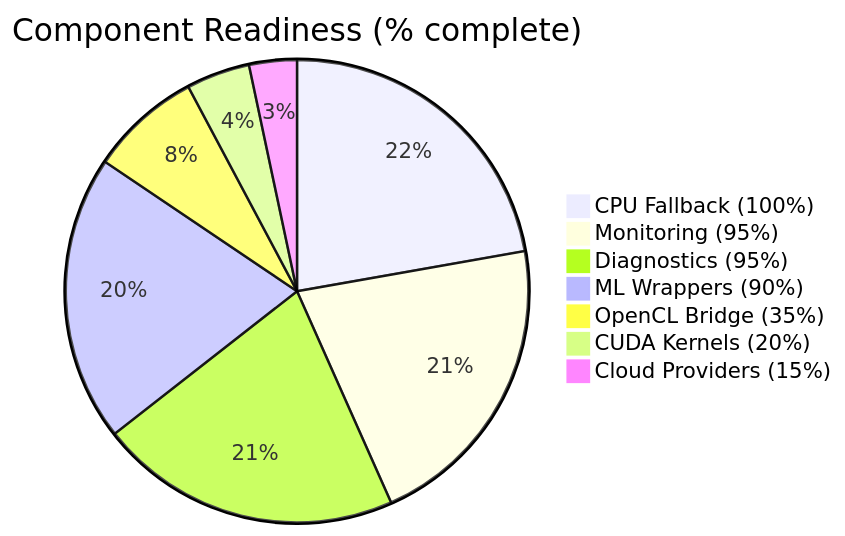
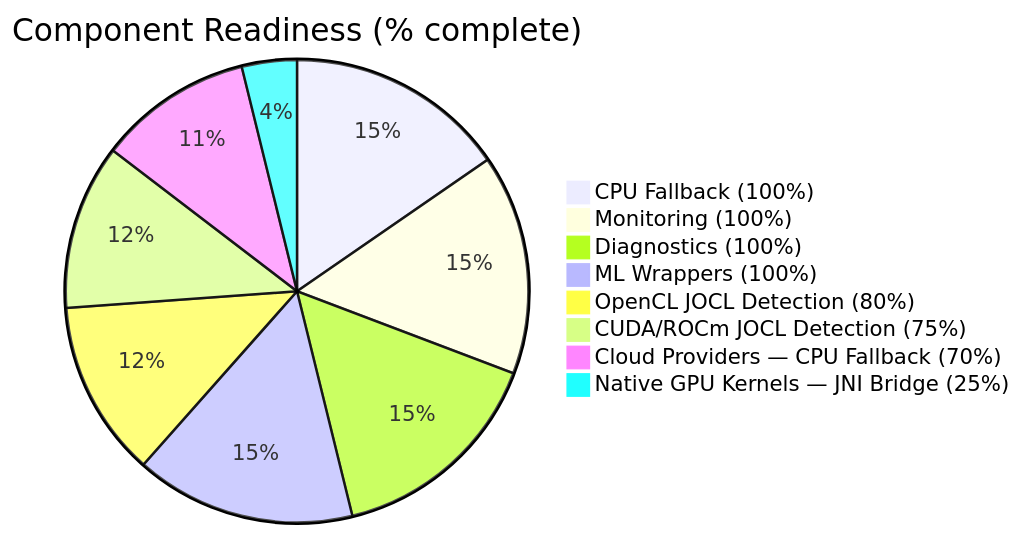
One commit to hkevin01/opennlp-gpu changed the fifth of 5 diagrams in README.md. Above: the diagram before and after it, drawn with Mermaid. The commit also changed other lines of this file and 17 other files, not shown here.

First line of the commit message:
Refactor GPU Compute Providers and Memory Management

````diff
--- a/README.md
+++ b/README.md
@@ -647,10 +650,11 @@
 ```mermaid
 pie title Component Readiness (% complete)
     "CPU Fallback (100%)" : 100
-    "Monitoring (95%)" : 95
-    "Diagnostics (95%)" : 95
-    "ML Wrappers (90%)" : 90
-    "OpenCL Bridge (35%)" : 35
-    "CUDA Kernels (20%)" : 20
-    "Cloud Providers (15%)" : 15
+    "Monitoring (100%)" : 100
+    "Diagnostics (100%)" : 100
+    "ML Wrappers (100%)" : 100
+    "OpenCL JOCL Detection (80%)" : 80
+    "CUDA/ROCm JOCL Detection (75%)" : 75
+    "Cloud Providers — CPU Fallback (70%)" : 70
+    "Native GPU Kernels — JNI Bridge (25%)" : 25
 ```
````
